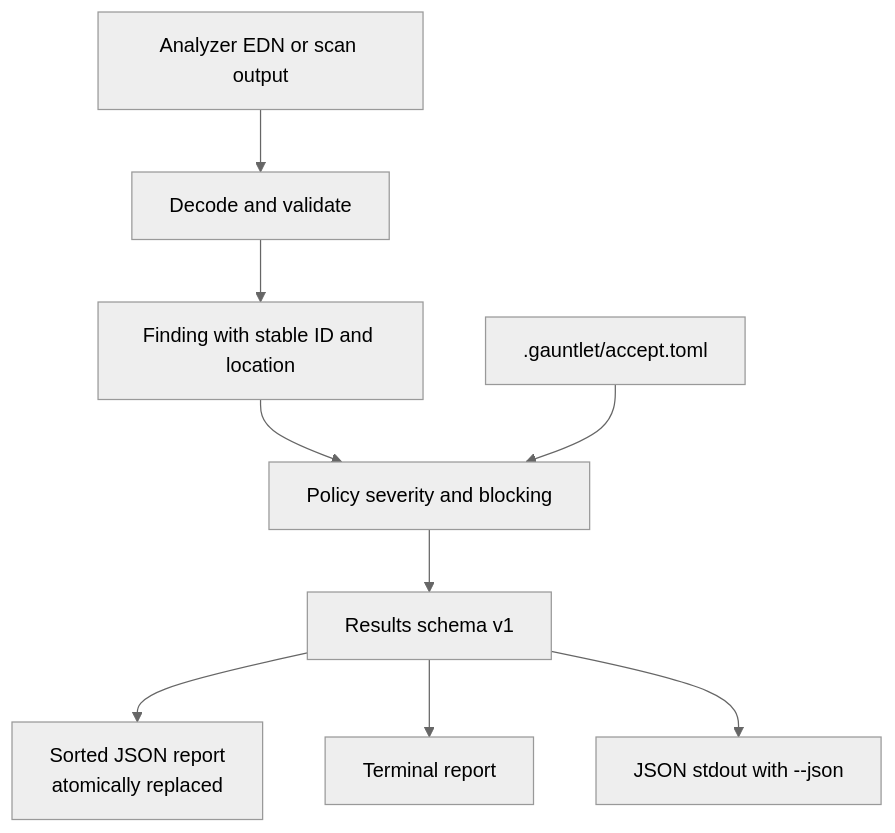
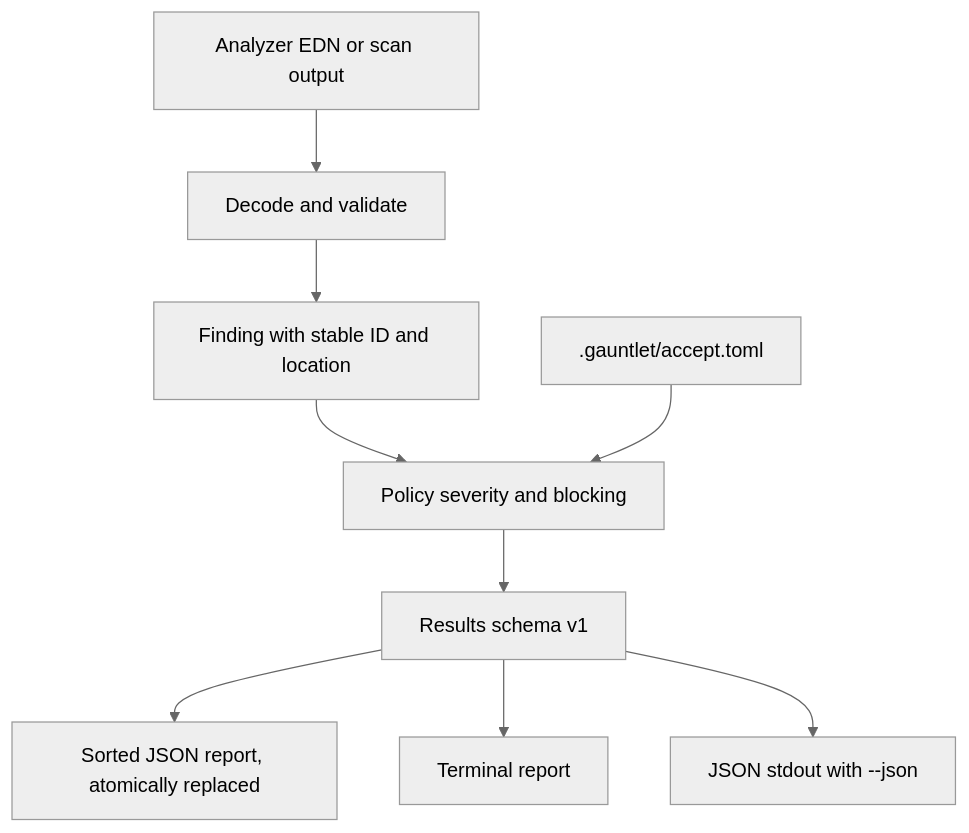
Before and after one commit to matheuseabra/gauntlet-cli: the third of 3 diagrams in docs/architecture.md, drawn with Mermaid (neutral theme). The commit also changed other lines of this file and 12 other files, not shown here.

````diff
--- a/docs/architecture.md
+++ b/docs/architecture.md
@@ -88,11 +88,11 @@
 ```mermaid
 flowchart TB
     Raw["Analyzer EDN or scan output"] --> Adapter["Decode and validate"]
     Adapter --> Finding["Finding with stable ID and location"]
     Finding --> Apply["Policy severity and blocking"]
     Accept[".gauntlet/accept.toml"] --> Apply
     Apply --> Result["Results schema v1"]
-    Result --> JSON["Sorted JSON report<br/>atomically replaced"]
+    Result --> JSON["Sorted JSON report, atomically replaced"]
     Result --> Terminal["Terminal report"]
     Result --> Machine["JSON stdout with --json"]
 ```
````
